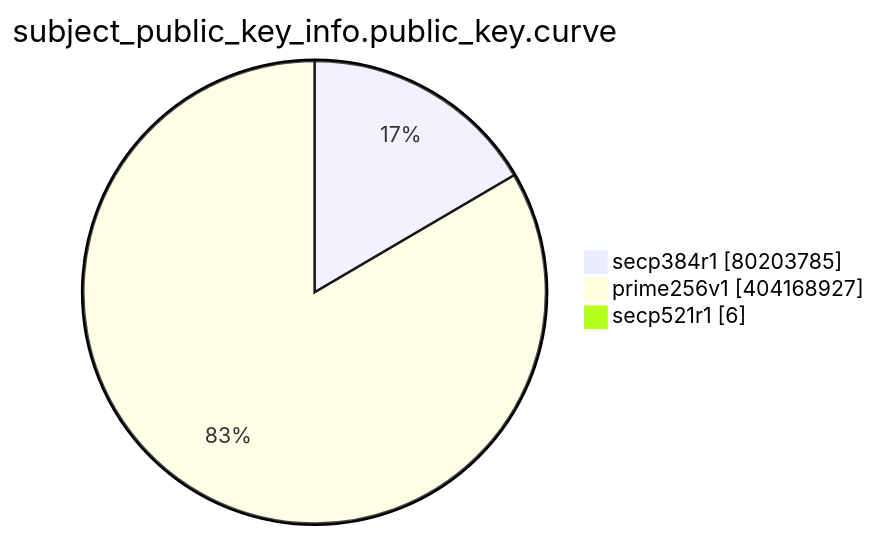
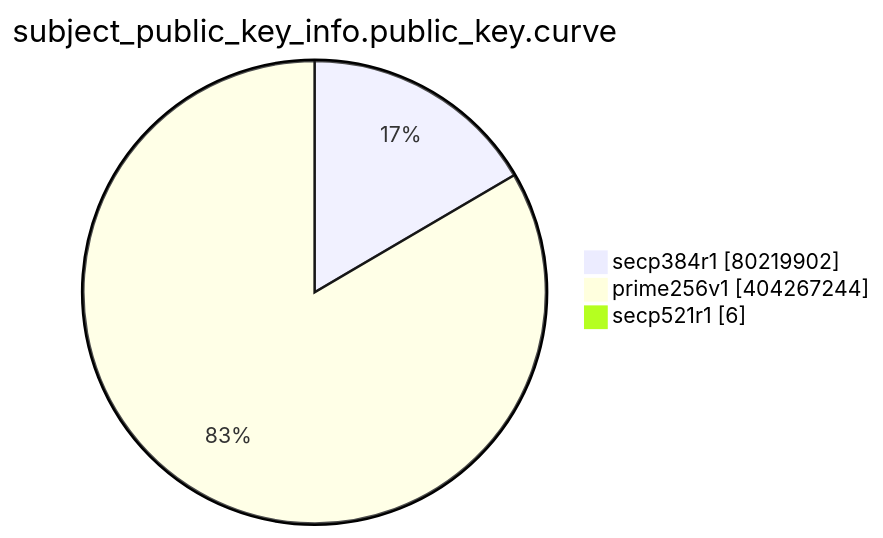
The eighth of 15 diagrams in TOTAL/README.md (christiankrug/ctmonitor_visualization), drawn with Mermaid before and after one commit. The commit also changed other lines of this file, not shown here.

````diff
--- a/TOTAL/README.md
+++ b/TOTAL/README.md
@@ -3095,7 +3095,7 @@
 ```mermaid
 pie showData
 title subject_public_key_info.public_key.curve
-"secp384r1" :80203785
-"prime256v1" :404168927
+"secp384r1" :80219902
+"prime256v1" :404267244
 "secp521r1" :6
 ```
````
